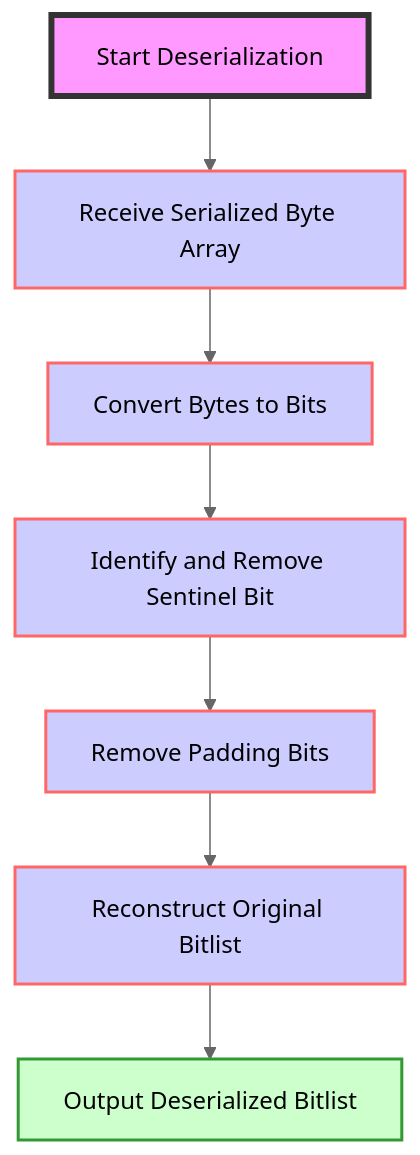
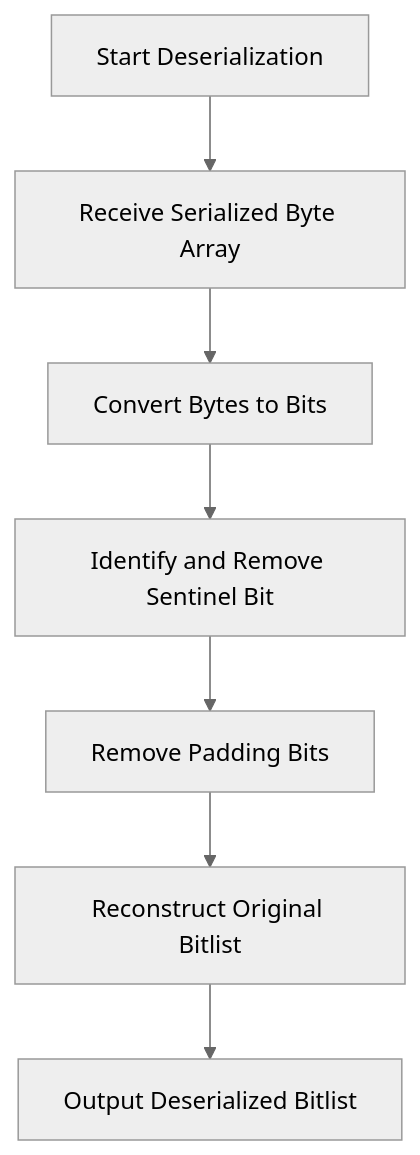
The tenth of 12 diagrams in docs/wiki/CL/SSZ.md (eth-protocol-fellows/protocol-studies), drawn with Mermaid (neutral theme) before and after one commit. The commit also changed other lines of this file and 2 other files, not shown here.

````diff
--- a/docs/wiki/CL/SSZ.md
+++ b/docs/wiki/CL/SSZ.md
@@ -529,16 +479,10 @@
 ```mermaid
 flowchart TD
     A[Start Deserialization] --> B[Receive Serialized Byte Array]
     B --> C[Convert Bytes to Bits]
     C --> D[Identify and Remove Sentinel Bit]
     D --> E[Remove Padding Bits]
     E --> F[Reconstruct Original Bitlist]
     F --> G[Output Deserialized Bitlist]
     
-    classDef startEnd fill:#f9f,stroke:#333,stroke-width:4px;
-    class A startEnd;
-    classDef process fill:#ccf,stroke:#f66,stroke-width:2px;
-    class B,C,D,E,F process;
-    classDef output fill:#cfc,stroke:#393,stroke-width:2px;
-    class G output;
 ```
````
